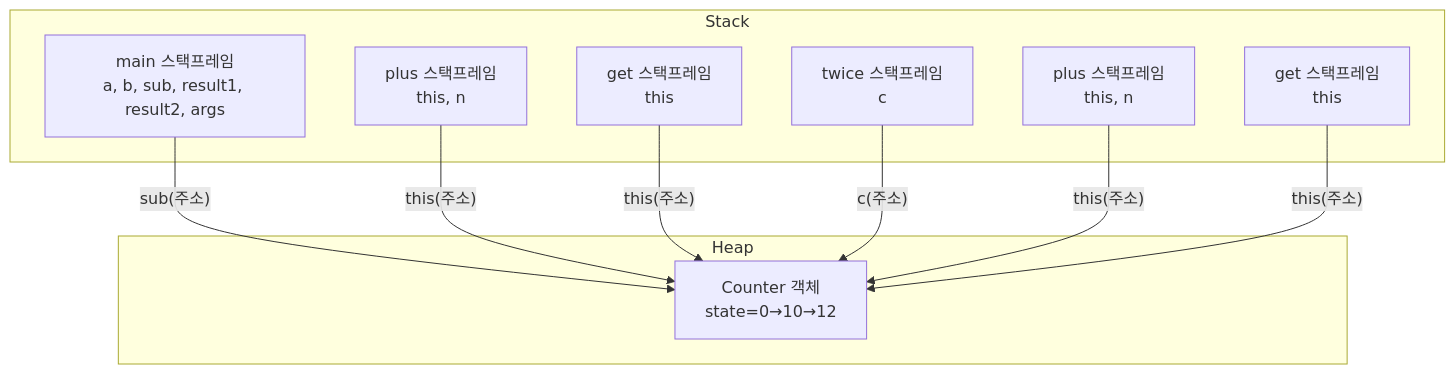
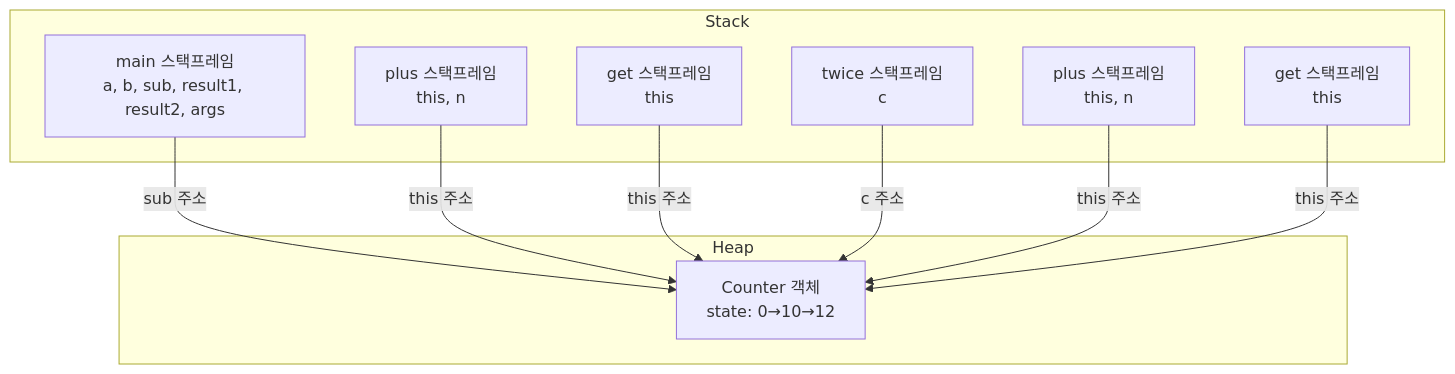
Before and after one commit to JadenMeister/Java_Kotlin_Document_for_beginner: the diagram in templates/Java/Jvm/chapters/chapter2. JVM의 메모리 구조 Heap-Stack-MethodArea.md, drawn with Mermaid. The commit also changed other lines of this file, not shown here.

Commit message:
update: JVM 구조 추가 설명
- chapter2. 하단 링크 및 mermaid 수정

````diff
--- a/templates/Java/Jvm/chapters/chapter2. JVM의 메모리 구조 Heap-Stack-MethodArea.md
+++ b/templates/Java/Jvm/chapters/chapter2. JVM의 메모리 구조 Heap-Stack-MethodArea.md
@@ -71,20 +71,20 @@
 ```mermaid
 graph TD
   subgraph Stack
     A1[main 스택프레임\na, b, sub, result1, result2, args]
     A2[plus 스택프레임\nthis, n]
     A3[get 스택프레임\nthis]
     A4[twice 스택프레임\nc]
     A5[plus 스택프레임\nthis, n]
     A6[get 스택프레임\nthis]
   end
   subgraph Heap
-    B1[Counter 객체\nstate=0→10→12]
+    B1[Counter 객체\nstate: 0→10→12]
   end
-  A1 -- sub(주소) --> B1
-  A2 -- this(주소) --> B1
-  A3 -- this(주소) --> B1
-  A4 -- c(주소) --> B1
-  A5 -- this(주소) --> B1
-  A6 -- this(주소) --> B1
+  A1 -- sub 주소 --> B1
+  A2 -- this 주소 --> B1
+  A3 -- this 주소 --> B1
+  A4 -- c 주소 --> B1
+  A5 -- this 주소 --> B1
+  A6 -- this 주소 --> B1
 ```
````
